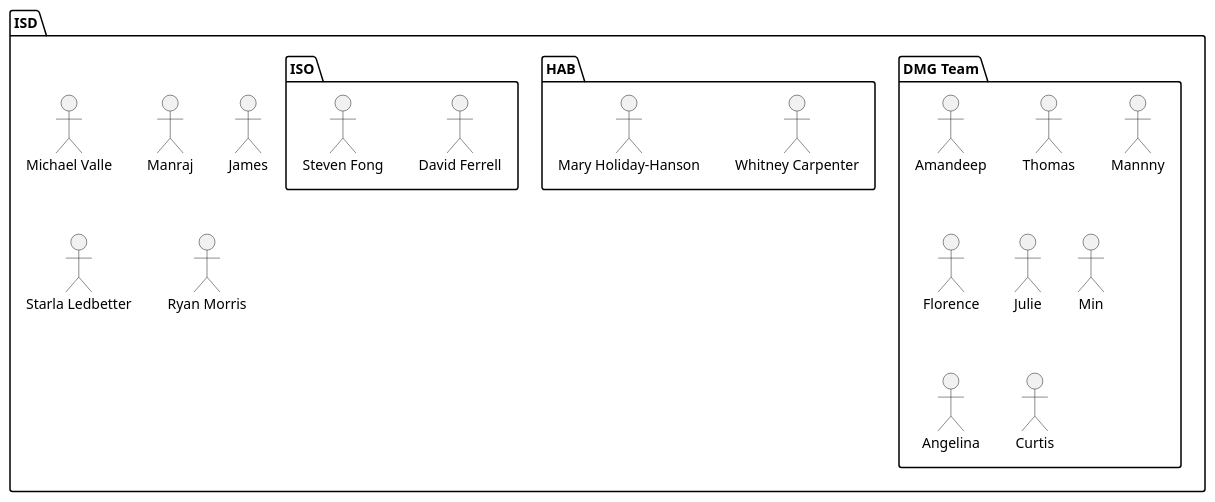
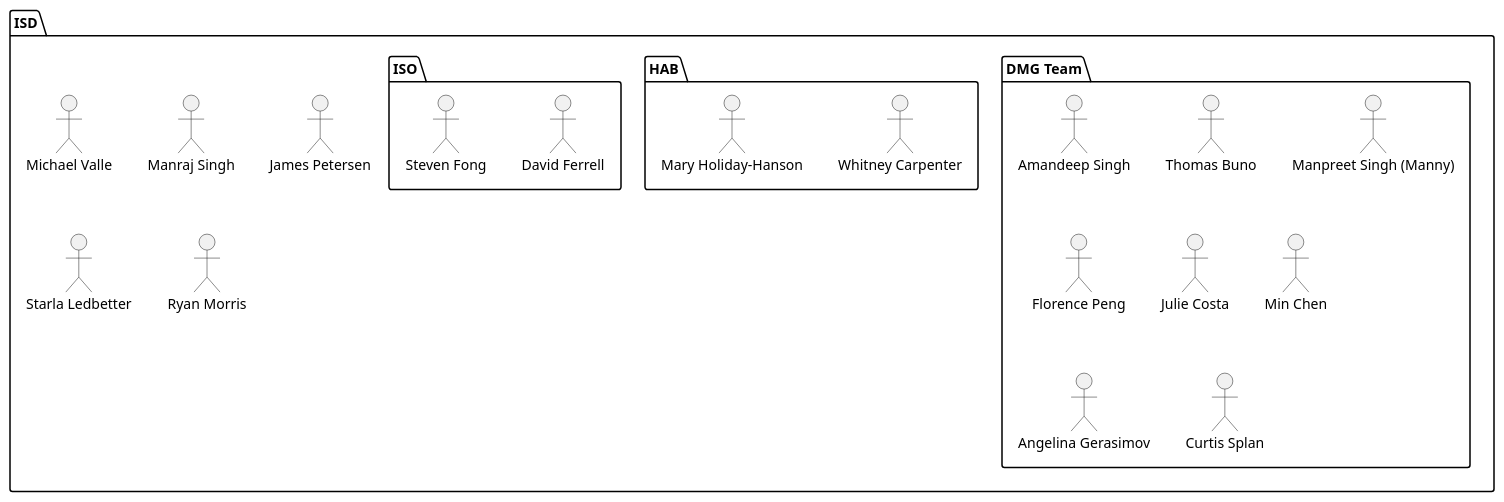
One commit to msingh-oshpd/dataops-docs changed the diagram in actors.puml. Above: the diagram before and after it, drawn with PlantUML.

```diff
--- a/actors.puml
+++ b/actors.puml
@@ -1,26 +1,26 @@
 package "ISD" as isd {
   package "DMG Team" as dmg {
-    actor "Amandeep" as aman
-    actor "Thomas" as thomas
-    actor "Mannny" as manny
-    actor "Florence" as florence
-    actor "Julie" as julie
-    actor "Min" as min
-    actor "Angelina" as angelina
-    actor "Curtis" as curtis
+    actor "Amandeep Singh" as amandeeps
+    actor "Thomas Buno" as thomasb
+    actor "Manpreet Singh (Manny)" as manpreets
+    actor "Florence Peng" as florencep
+    actor "Julie Costa" as juliec
+    actor "Min Chen" as minc
+    actor "Angelina Gerasimov" as angelinag
+    actor "Curtis Splan" as curtiss
   }
   package "HAB" as hab {
-    actor "Whitney Carpenter" as whitney
+    actor "Whitney Carpenter" as whitneyc
     actor "Mary Holiday-Hanson" as maryhh
   }
 
   package "ISO" as iso {
     actor "David Ferrell" as davidf
     actor "Steven Fong" as stevenf
   }
   actor "Michael Valle" as michaelv
-  actor "Manraj" as manraj
-  actor "James" as james
-  actor "Starla Ledbetter" as starla
-  actor "Ryan Morris" as ryan  
+  actor "Manraj Singh" as manrajs
+  actor "James Petersen" as jamesp
+  actor "Starla Ledbetter" as starlal
+  actor "Ryan Morris" as ryanm
 }
```
